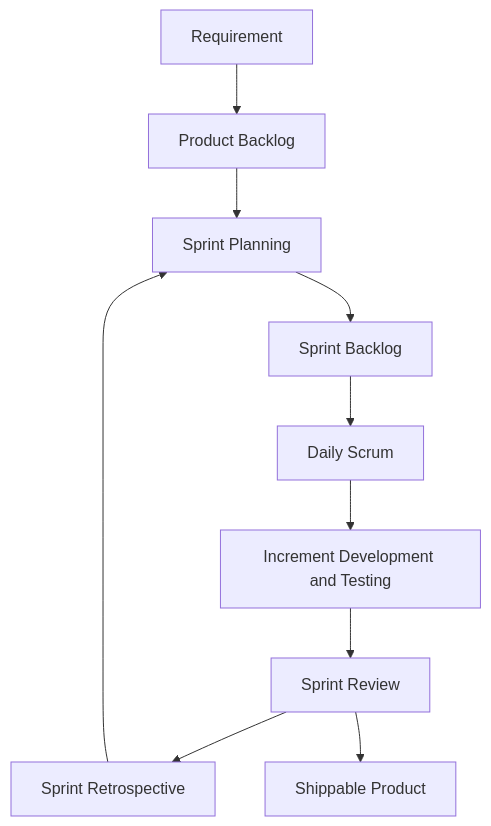
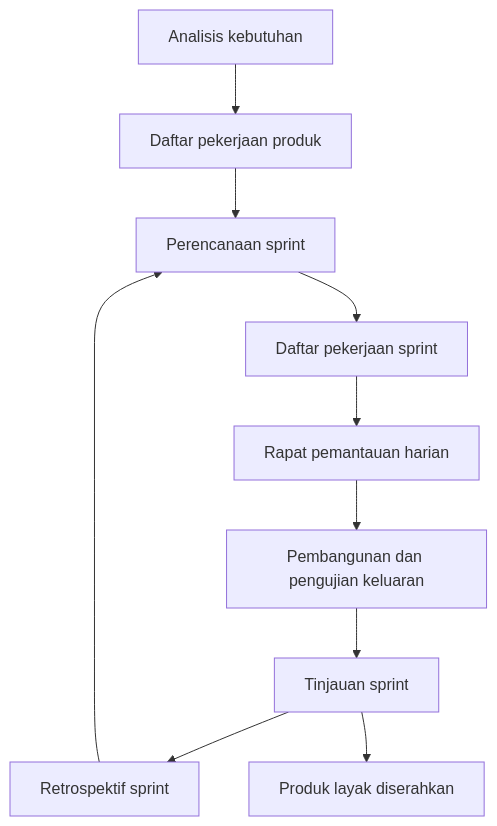
The second of 2 diagrams in Bab 3/B .  Prosedur Penelitian/Prosedur Penelitian.md (kristinps/Workflow), drawn with Mermaid before and after one commit. The commit also changed other lines of this file and 94 other files, not shown here.

````diff
--- a/Bab 3/B .  Prosedur Penelitian/Prosedur Penelitian.md
+++ b/Bab 3/B .  Prosedur Penelitian/Prosedur Penelitian.md
@@ -28,16 +30,16 @@
 ```mermaid
 flowchart TD
-    A[Requirement]
-    B[Product Backlog]
-    C[Sprint Planning]
-    D[Sprint Backlog]
-    E[Daily Scrum]
-    F[Increment Development and Testing]
-    G[Sprint Review]
-    H[Sprint Retrospective]
-    I[Shippable Product]
+    A[Analisis kebutuhan]
+    B[Daftar pekerjaan produk]
+    C[Perencanaan sprint]
+    D[Daftar pekerjaan sprint]
+    E[Rapat pemantauan harian]
+    F[Pembangunan dan pengujian keluaran]
+    G[Tinjauan sprint]
+    H[Retrospektif sprint]
+    I[Produk layak diserahkan]
 
     A --> B --> C --> D --> E --> F --> G --> H
     H --> C
     G --> I
 ```
````
